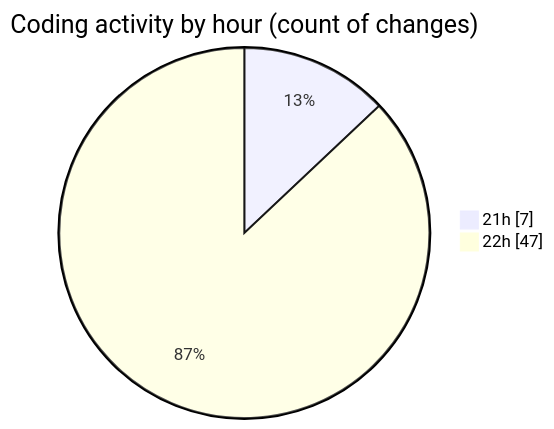
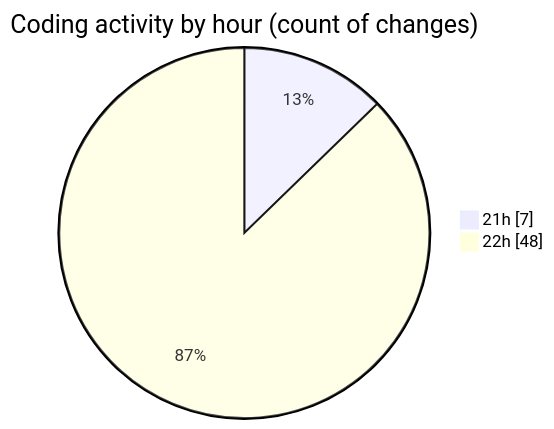
One commit to EIIisD/code-tracking changed the second of 2 diagrams in 2025-08-26/mcp-web/README.md. Above: the diagram before and after it, drawn with Mermaid. The commit also changed other lines of this file and 1 other file, not shown here.

````diff
--- a/2025-08-26/mcp-web/README.md
+++ b/2025-08-26/mcp-web/README.md
@@ -32,6 +32,6 @@
 ```mermaid
 pie showData
 title Coding activity by hour (count of changes)
 "21h" : 7
-"22h" : 47
+"22h" : 48
 ```
````
